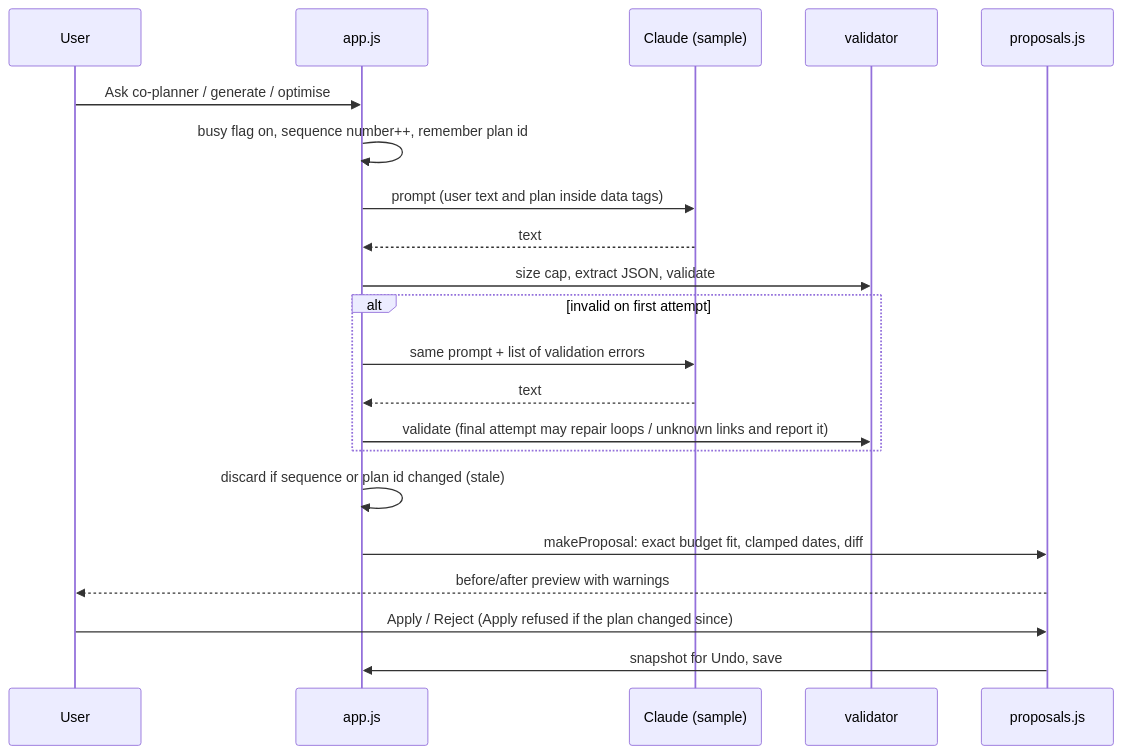
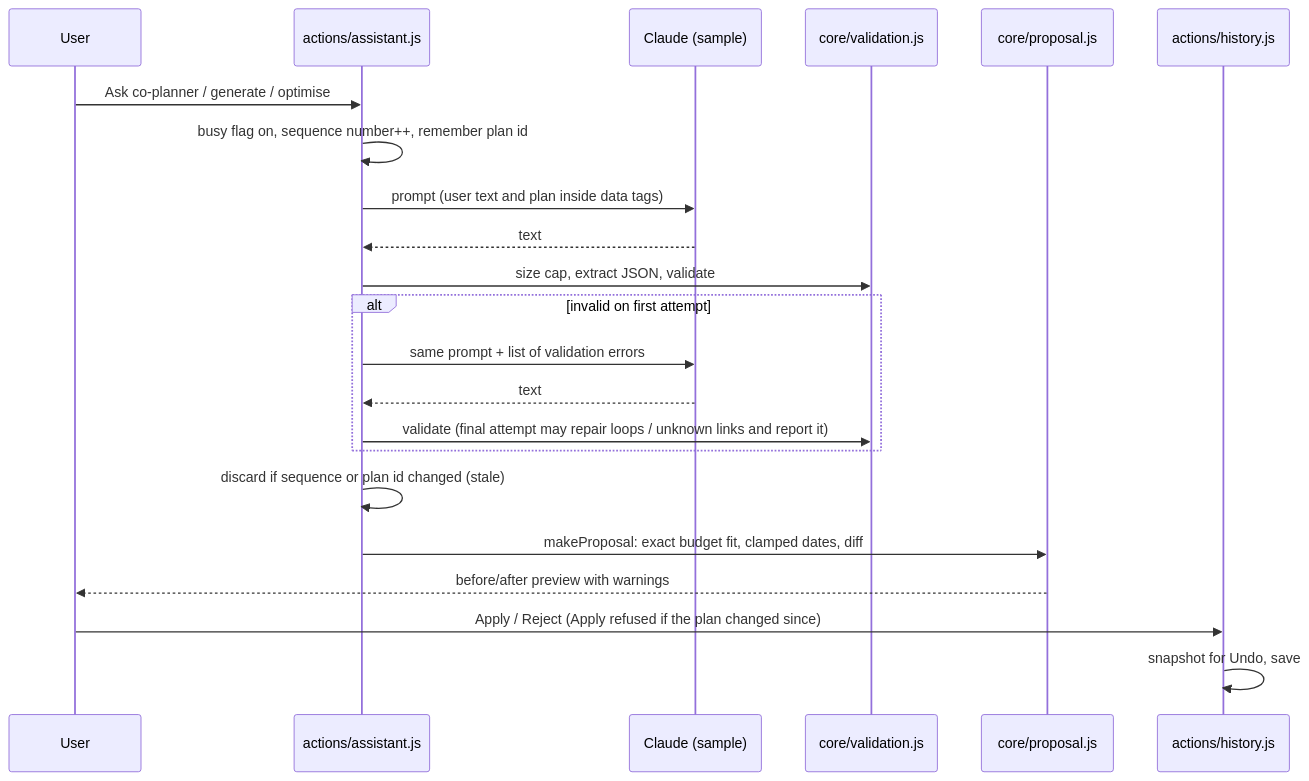
One commit to kunwarvishal18/marigold-ai-event-planner changed the second of 2 diagrams in ARCHITECTURE.md. Above: the diagram before and after it, drawn with Mermaid. The commit also changed other lines of this file and 76 other files, not shown here.

````diff
--- a/ARCHITECTURE.md
+++ b/ARCHITECTURE.md
@@ -67,23 +87,24 @@
 ```mermaid
 sequenceDiagram
   participant U as User
-  participant A as app.js
+  participant A as actions/assistant.js
   participant C as Claude (sample)
-  participant V as validator
-  participant P as proposals.js
+  participant V as core/validation.js
+  participant P as core/proposal.js
+  participant H as actions/history.js
   U->>A: Ask co-planner / generate / optimise
   A->>A: busy flag on, sequence number++, remember plan id
   A->>C: prompt (user text and plan inside data tags)
   C-->>A: text
   A->>V: size cap, extract JSON, validate
   alt invalid on first attempt
     A->>C: same prompt + list of validation errors
     C-->>A: text
     A->>V: validate (final attempt may repair loops / unknown links and report it)
   end
   A->>A: discard if sequence or plan id changed (stale)
   A->>P: makeProposal: exact budget fit, clamped dates, diff
   P-->>U: before/after preview with warnings
-  U->>P: Apply / Reject (Apply refused if the plan changed since)
-  P->>A: snapshot for Undo, save
+  U->>H: Apply / Reject (Apply refused if the plan changed since)
+  H->>H: snapshot for Undo, save
 ```
````
